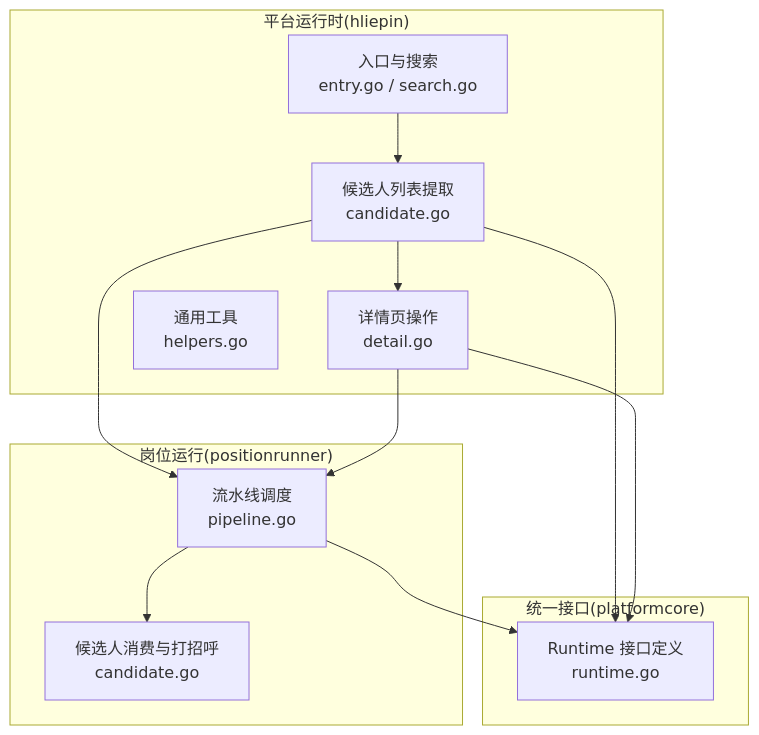
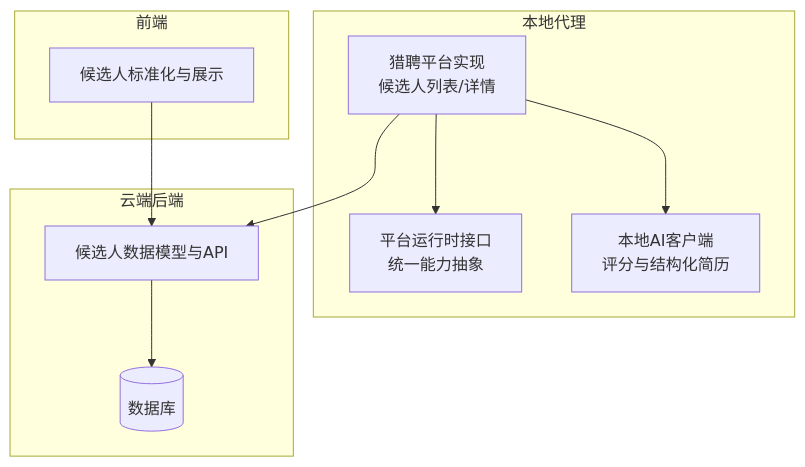
Before and after one commit to alvinwangzi/goodhr: the first of 7 diagrams in .qoder/repowiki/zh/content/本地执行器/平台适配器/猎聘适配器/候选人处理.md, drawn with Mermaid. The commit also changed other lines of this file and 149 other files, not shown here.

````diff
--- a/.qoder/repowiki/zh/content/本地执行器/平台适配器/猎聘适配器/候选人处理.md
+++ b/.qoder/repowiki/zh/content/本地执行器/平台适配器/猎聘适配器/候选人处理.md
@@ -41,23 +39,20 @@
 ```mermaid
 graph TB
-subgraph "平台运行时(hliepin)"
-H1["入口与搜索<br/>entry.go / search.go"]
-H2["候选人列表提取<br/>candidate.go"]
-H3["详情页操作<br/>detail.go"]
-H4["通用工具<br/>helpers.go"]
+subgraph "本地代理"
+HLC["猎聘平台实现<br/>候选人列表/详情"]
+PM["平台运行时接口<br/>统一能力抽象"]
+AI["本地AI客户端<br/>评分与结构化简历"]
 end
-subgraph "岗位运行(positionrunner)"
-P1["流水线调度<br/>pipeline.go"]
-P2["候选人消费与打招呼<br/>candidate.go"]
+subgraph "云端后端"
+API["候选人数据模型与API"]
+DB[("数据库")]
 end
-subgraph "统一接口(platformcore)"
-I1["Runtime 接口定义<br/>runtime.go"]
+subgraph "前端"
+FE["候选人标准化与展示"]
 end
-H1 --> H2 --> H3
-H2 --> P1
-H3 --> P1
-P1 --> P2
-P1 --> I1
-H2 --> I1
-H3 --> I1
+HLC --> PM
+HLC --> AI
+HLC --> API
+API --> DB
+FE --> API
 ```
````
